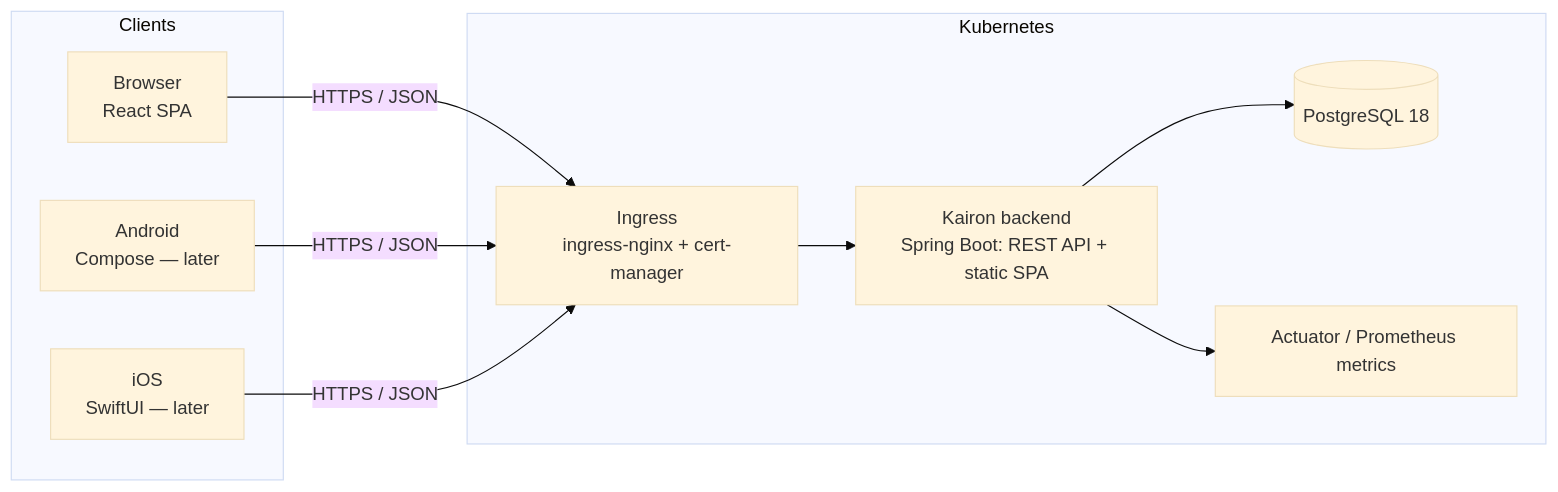
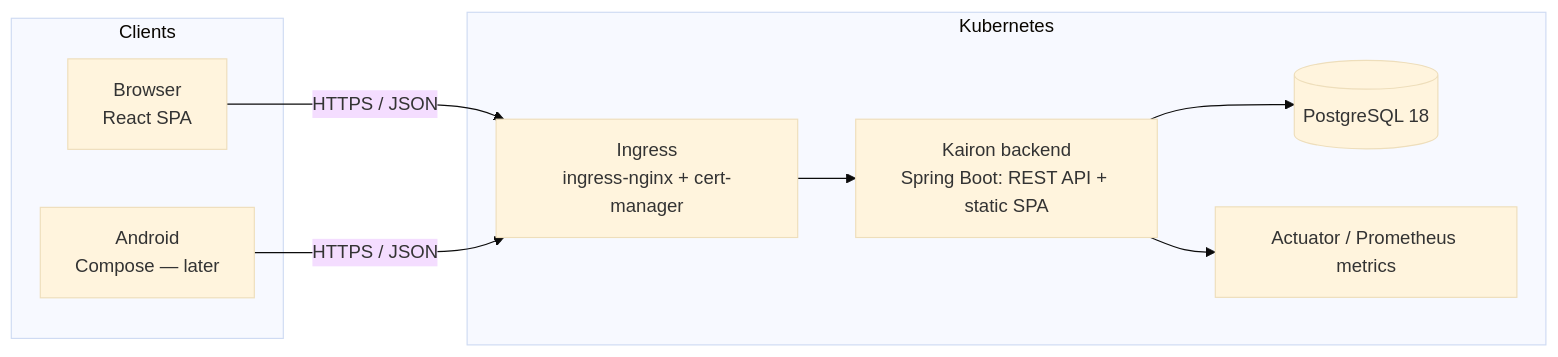
The first of 2 diagrams in docs/DESIGN.md (lfcabend/Kairon), drawn with Mermaid (base theme) before and after one commit. The commit also changed other lines of this file and 85 other files, not shown here.

````diff
--- a/docs/DESIGN.md
+++ b/docs/DESIGN.md
@@ -132,17 +132,15 @@
 ```mermaid
 flowchart LR
     subgraph Clients
         W[Browser<br/>React SPA]
         A[Android<br/>Compose — later]
-        I[iOS<br/>SwiftUI — later]
     end
     W -->|HTTPS / JSON| GW
     A -->|HTTPS / JSON| GW
-    I -->|HTTPS / JSON| GW
     subgraph Cluster[Kubernetes]
         GW[Ingress<br/>ingress-nginx + cert-manager]
         GW --> B[Kairon backend<br/>Spring Boot: REST API + static SPA]
         B --> DB[(PostgreSQL 18)]
         B --> OBS[Actuator / Prometheus metrics]
     end
 ```
````
